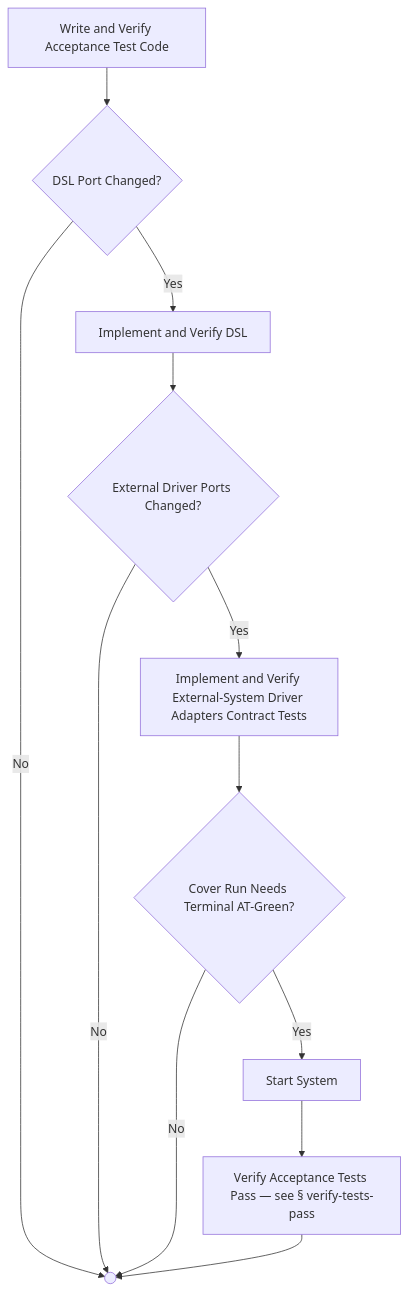
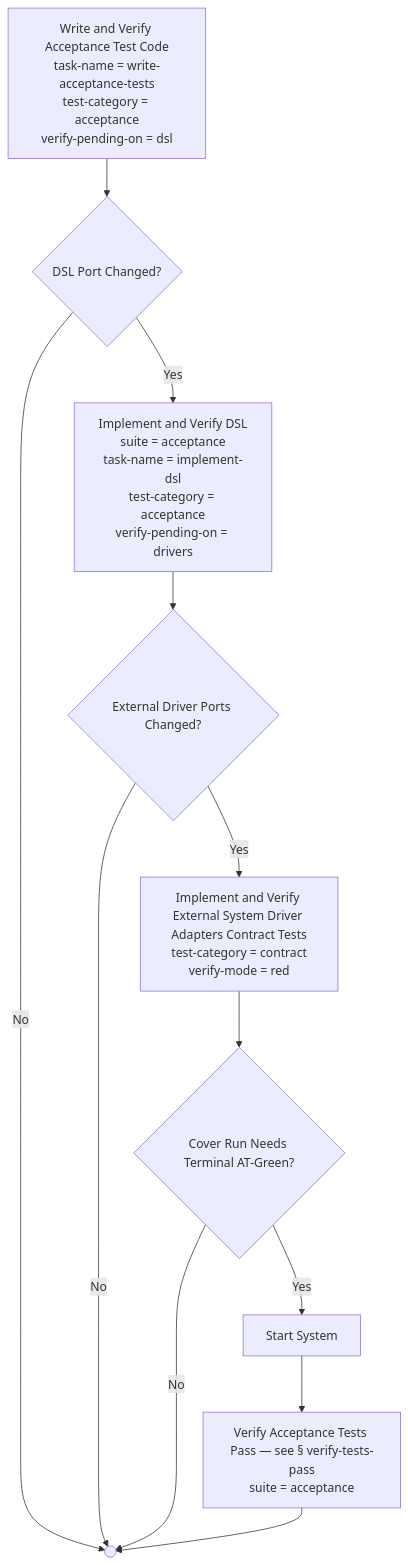
Diagram 15 of 51 in docs/process-diagram.md (optivem/gh-optivem), drawn with Mermaid before and after one commit. The commit also changed other lines of this file and 3 other files, not shown here.

````diff
--- a/docs/process-diagram.md
+++ b/docs/process-diagram.md
@@ -285,24 +285,24 @@
 ```mermaid
 flowchart TD
+    WRITE_AND_VERIFY_ACCEPTANCE_TEST_CODE["Write and Verify Acceptance Test Code<br/>task-name = write-acceptance-tests<br/>test-category = acceptance<br/>verify-pending-on = dsl"]
+    GATE_DSL_PORT_CHANGED{DSL Port Changed?}
+    IMPLEMENT_AND_VERIFY_DSL["Implement and Verify DSL<br/>suite = acceptance<br/>task-name = implement-dsl<br/>test-category = acceptance<br/>verify-pending-on = drivers"]
+    SHARED_CONTRACT_END(( ))
+    GATE_EXTERNAL_DRIVER_PORTS_CHANGED{External Driver Ports Changed?}
+    IMPLEMENT_AND_VERIFY_EXTERNAL_DRIVER_ADAPTERS["Implement and Verify External System Driver Adapters Contract Tests<br/>test-category = contract<br/>verify-mode = red"]
     GATE_AT_TERMINAL_GREEN{Cover Run Needs Terminal AT-Green?}
-    GATE_DSL_PORT_CHANGED{DSL Port Changed?}
-    GATE_EXTERNAL_DRIVER_PORTS_CHANGED{External Driver Ports Changed?}
-    IMPLEMENT_AND_VERIFY_DSL[Implement and Verify DSL]
-    IMPLEMENT_AND_VERIFY_EXTERNAL_DRIVER_ADAPTERS[Implement and Verify External-System Driver Adapters Contract Tests]
-    SHARED_CONTRACT_END(( ))
     START_SYSTEM_AT_TERMINAL[Start System]
-    VERIFY_TESTS_PASS_ACCEPTANCE_TERMINAL[Verify Acceptance Tests Pass — see § verify-tests-pass]
-    WRITE_AND_VERIFY_ACCEPTANCE_TEST_CODE[Write and Verify Acceptance Test Code]
+    VERIFY_TESTS_PASS_ACCEPTANCE_TERMINAL["Verify Acceptance Tests Pass — see § verify-tests-pass<br/>suite = acceptance"]
 
     WRITE_AND_VERIFY_ACCEPTANCE_TEST_CODE --> GATE_DSL_PORT_CHANGED
     GATE_DSL_PORT_CHANGED -- Yes --> IMPLEMENT_AND_VERIFY_DSL
     GATE_DSL_PORT_CHANGED -- No --> SHARED_CONTRACT_END
     IMPLEMENT_AND_VERIFY_DSL --> GATE_EXTERNAL_DRIVER_PORTS_CHANGED
     GATE_EXTERNAL_DRIVER_PORTS_CHANGED -- Yes --> IMPLEMENT_AND_VERIFY_EXTERNAL_DRIVER_ADAPTERS
     GATE_EXTERNAL_DRIVER_PORTS_CHANGED -- No --> SHARED_CONTRACT_END
     IMPLEMENT_AND_VERIFY_EXTERNAL_DRIVER_ADAPTERS --> GATE_AT_TERMINAL_GREEN
     GATE_AT_TERMINAL_GREEN -- Yes --> START_SYSTEM_AT_TERMINAL
     GATE_AT_TERMINAL_GREEN -- No --> SHARED_CONTRACT_END
     START_SYSTEM_AT_TERMINAL --> VERIFY_TESTS_PASS_ACCEPTANCE_TERMINAL
     VERIFY_TESTS_PASS_ACCEPTANCE_TERMINAL --> SHARED_CONTRACT_END
 ```
````
